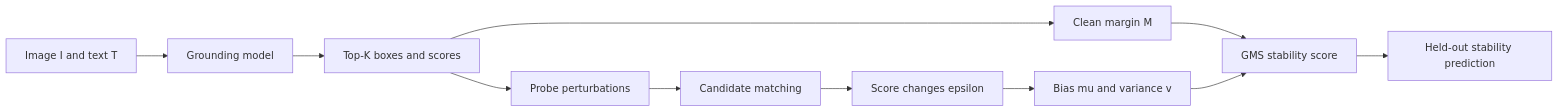
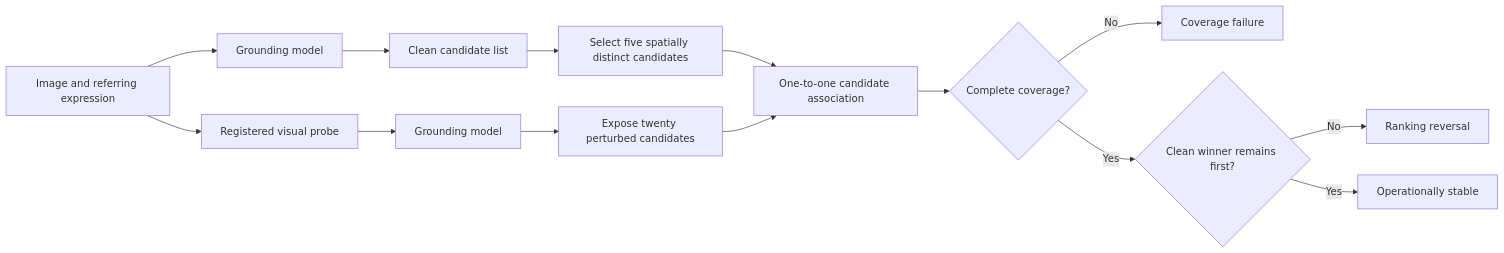
Before and after one commit to HungChien/coverage-aware-grounding-stability: the diagram in README.md, drawn with Mermaid. The commit also changed other lines of this file and 229 other files, not shown here.

````diff
--- a/README.md
+++ b/README.md
@@ -173,13 +88,16 @@
 ```mermaid
 flowchart LR
-    A["Image I and text T"] --> B["Grounding model"]
-    B --> C["Top-K boxes and scores"]
-    C --> D["Clean margin M"]
-    C --> E["Probe perturbations"]
-    E --> F["Candidate matching"]
-    F --> G["Score changes epsilon"]
-    G --> H["Bias mu and variance v"]
-    D --> I["GMS stability score"]
-    H --> I
-    I --> J["Held-out stability prediction"]
+    A[Image and referring expression] --> B[Grounding model]
+    B --> C[Clean candidate list]
+    C --> D[Select five spatially distinct candidates]
+    A --> E[Registered visual probe]
+    E --> F[Grounding model]
+    F --> G[Expose twenty perturbed candidates]
+    D --> H[One-to-one candidate association]
+    G --> H
+    H --> I{Complete coverage?}
+    I -- No --> J[Coverage failure]
+    I -- Yes --> K{Clean winner remains first?}
+    K -- No --> L[Ranking reversal]
+    K -- Yes --> M[Operationally stable]
 ```
````
